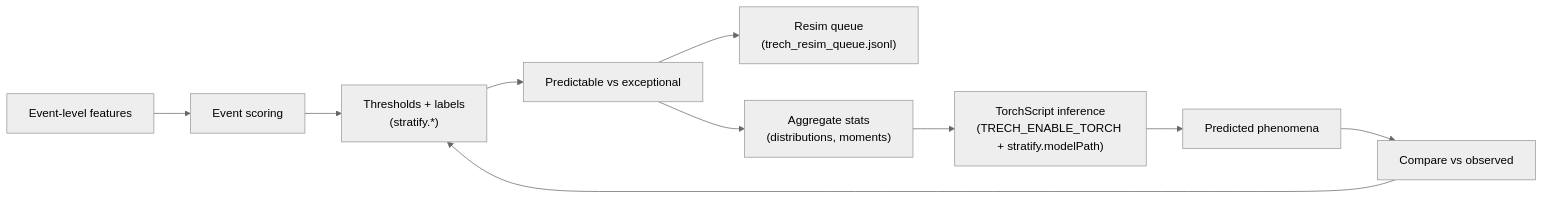
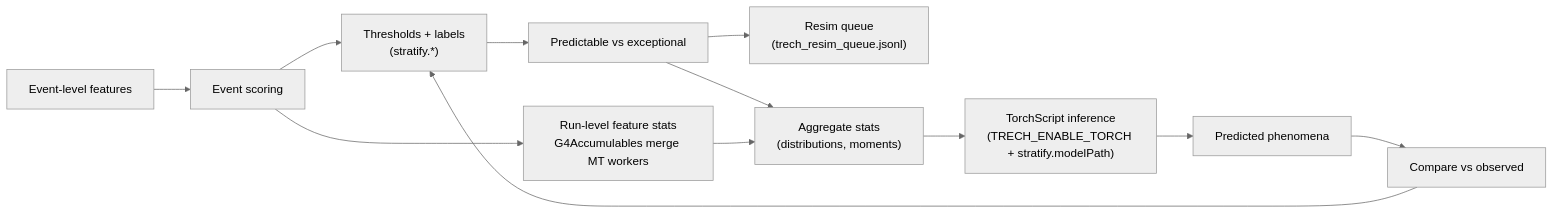
One commit to Geckos-Ink/trech changed the tenth of 12 diagrams in CHARTS.md. Above: the diagram before and after it, drawn with Mermaid (neutral theme). The commit also changed 6 other files, not shown here.

````diff
--- a/CHARTS.md
+++ b/CHARTS.md
@@ -207,12 +207,14 @@
 ```mermaid
 flowchart LR
   EVENTS["Event-level features"] --> SCORE["Event scoring"]
   SCORE --> THR["Thresholds + labels\n(stratify.*)"]
+  SCORE --> RUNSTATS["Run-level feature stats\nG4Accumulables merge MT workers"]
   THR --> CLASS["Predictable vs exceptional"]
   CLASS --> RESIM["Resim queue\n(trech_resim_queue.jsonl)"]
   CLASS --> STATS["Aggregate stats\n(distributions, moments)"]
+  RUNSTATS --> STATS
   STATS --> MODEL["TorchScript inference\n(TRECH_ENABLE_TORCH + stratify.modelPath)"]
   MODEL --> PRED["Predicted phenomena"]
   PRED --> COMP["Compare vs observed"]
   COMP --> THR
 ```
````
